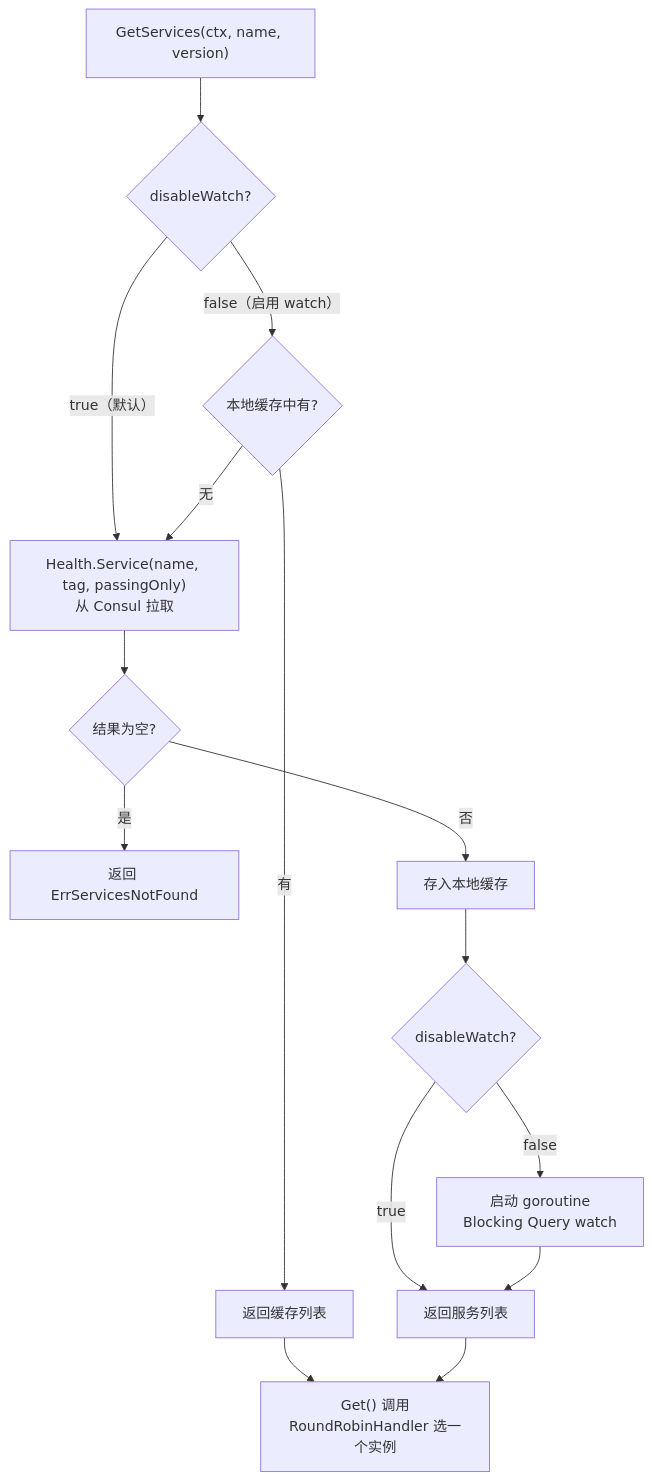
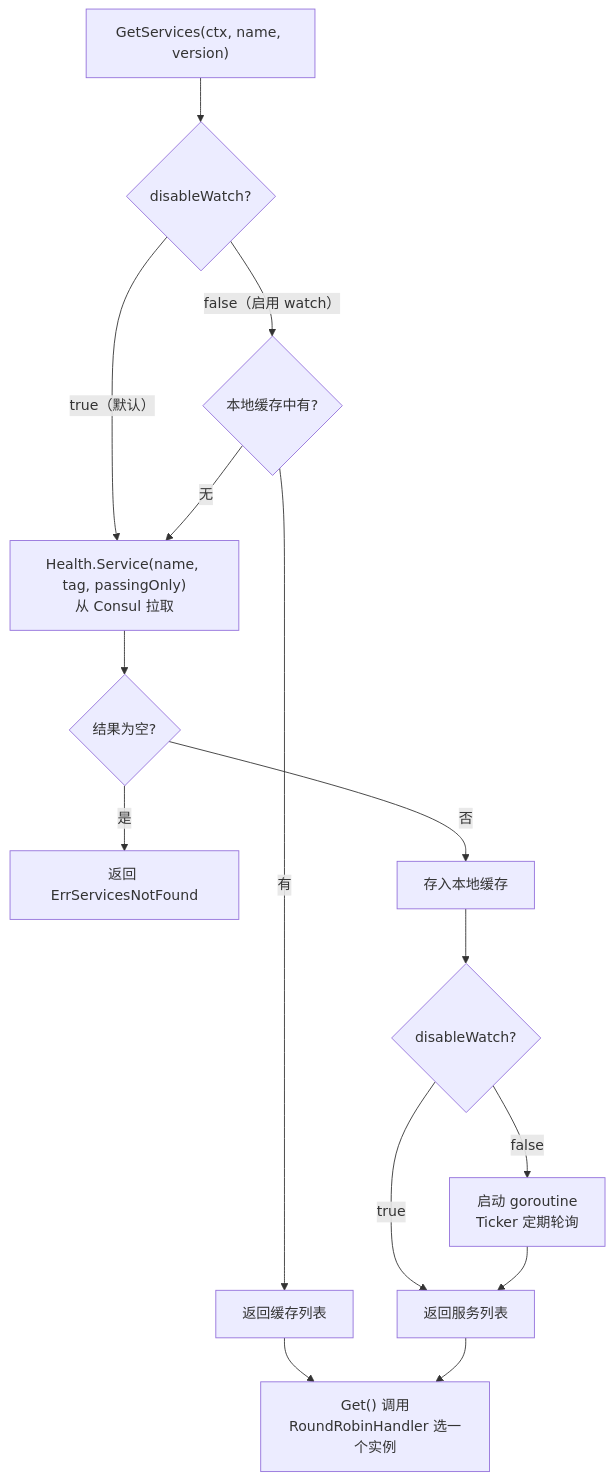
The fourth of 5 diagrams in hestia/consul/readme.md (daheige/hephfx), drawn with Mermaid before and after one commit. The commit also changed other lines of this file and 12 other files, not shown here.

````diff
--- a/hestia/consul/readme.md
+++ b/hestia/consul/readme.md
@@ -119,21 +124,21 @@
 ```mermaid
 flowchart TD
     GetSvc["GetServices(ctx, name, version)"] --> WatchOff{"disableWatch?"}
     WatchOff -- true（默认） --> FetchAPI["Health.Service(name, tag, passingOnly)<br/>从 Consul 拉取"]
     WatchOff -- false（启用 watch） --> CheckCache{"本地缓存中有?"}
 
     CheckCache -- 有 --> ReturnCache["返回缓存列表"]
     CheckCache -- 无 --> FetchAPI
 
     FetchAPI --> Empty{"结果为空?"}
     Empty -- 是 --> ErrNotFound["返回 ErrServicesNotFound"]
     Empty -- 否 --> StoreCache["存入本地缓存"]
 
     StoreCache --> WatchOff2{"disableWatch?"}
-    WatchOff2 -- false --> StartWatch["启动 goroutine<br/>Blocking Query watch"]
+    WatchOff2 -- false --> StartWatch["启动 goroutine<br/>Ticker 定期轮询"]
     WatchOff2 -- true --> ReturnSvc["返回服务列表"]
     StartWatch --> ReturnSvc
 
     ReturnCache --> GetOne["Get() 调用<br/>RoundRobinHandler 选一个实例"]
     ReturnSvc --> GetOne
 ```
````
